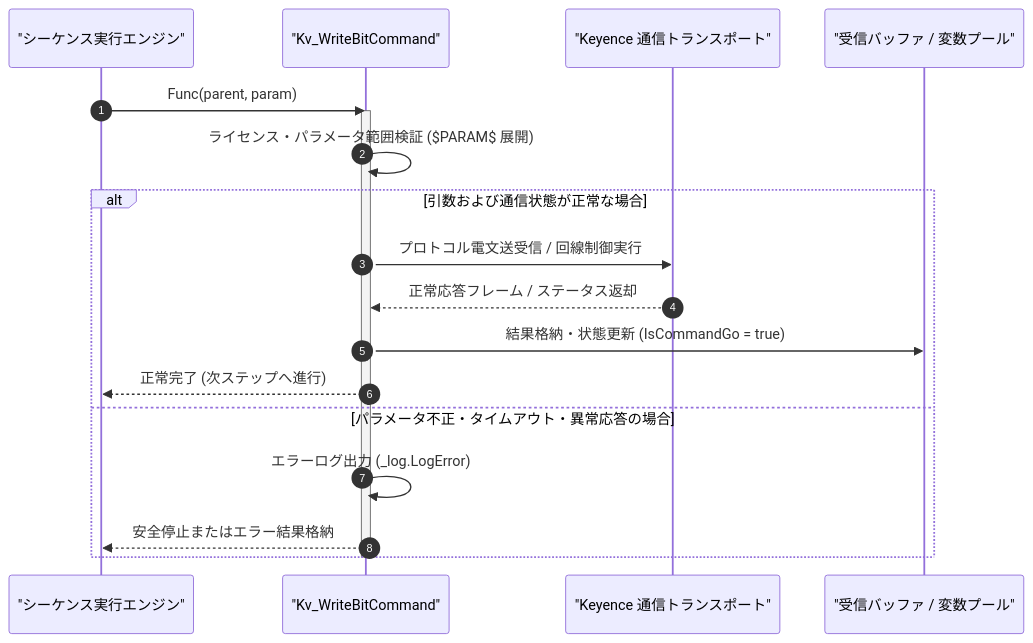
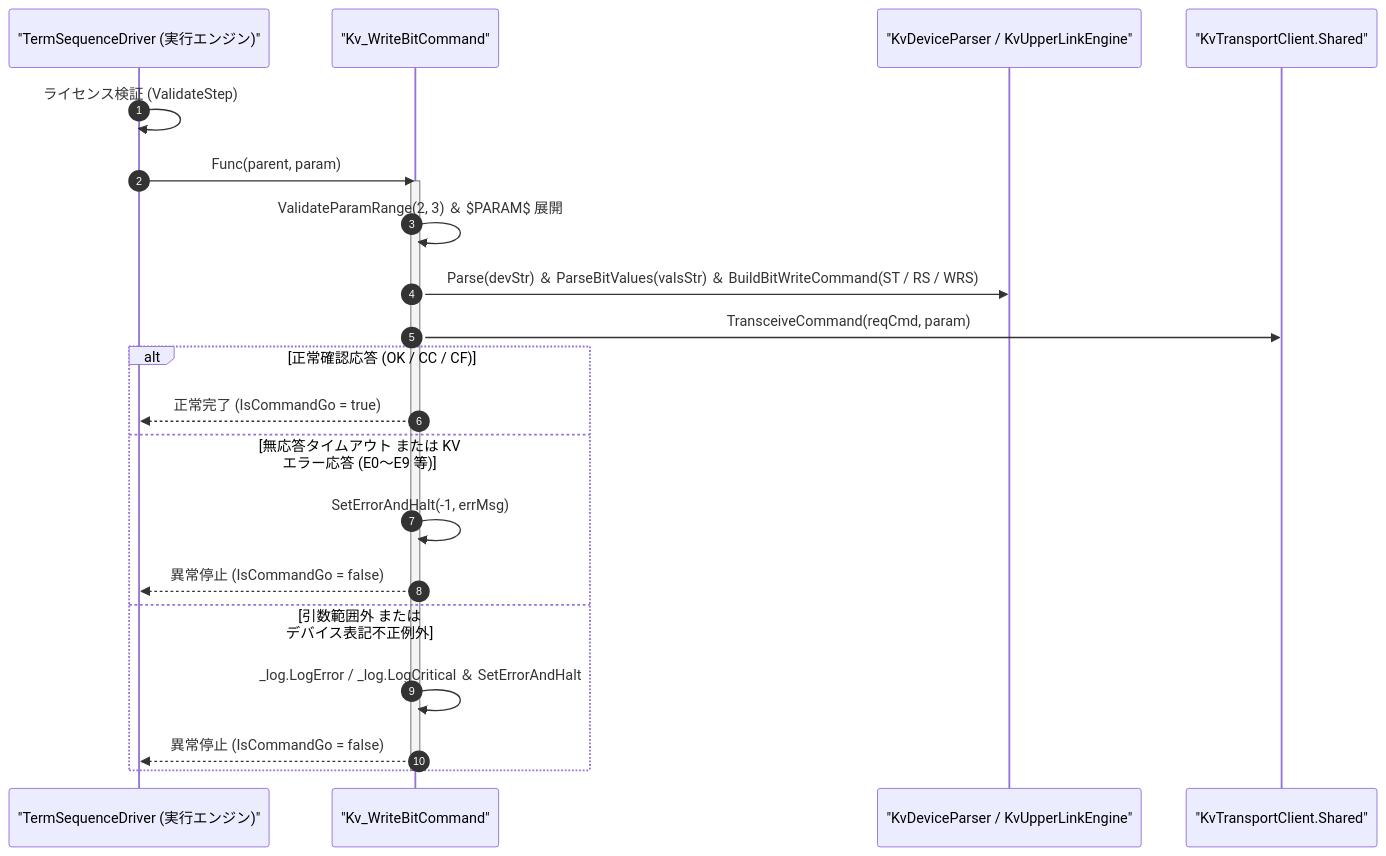
The diagram in Manual/Keyence/Kv_WriteBit.Md (Monaca-App/TermAddIn), drawn with Mermaid before and after one commit. The commit also changed other lines of this file and 157 other files, not shown here.

````diff
--- a/Manual/Keyence/Kv_WriteBit.Md
+++ b/Manual/Keyence/Kv_WriteBit.Md
@@ -66,22 +67,25 @@
 ```mermaid
 sequenceDiagram
     autonumber
-    participant Script as "シーケンス実行エンジン"
+    participant Driver as "TermSequenceDriver (実行エンジン)"
     participant Cmd as "Kv_WriteBitCommand"
-    participant Trans as "Keyence 通信トランスポート"
-    participant Buf as "受信バッファ / 変数プール"
+    participant Engine as "KvDeviceParser / KvUpperLinkEngine"
+    participant Trans as "KvTransportClient.Shared"
 
-    Script->>Cmd: Func(parent, param)
+    Driver->>Driver: ライセンス検証 (ValidateStep)
+    Driver->>Cmd: Func(parent, param)
     activate Cmd
-    Cmd->>Cmd: ライセンス・パラメータ範囲検証 ($PARAM$ 展開)
-    alt 引数および通信状態が正常な場合
-        Cmd->>Trans: プロトコル電文送受信 / 回線制御実行
-        Trans-->>Cmd: 正常応答フレーム / ステータス返却
-        Cmd->>Buf: 結果格納・状態更新 (IsCommandGo = true)
-        Cmd-->>Script: 正常完了 (次ステップへ進行)
-    else パラメータ不正・タイムアウト・異常応答の場合
-        Cmd->>Cmd: エラーログ出力 (_log.LogError)
-        Cmd-->>Script: 安全停止またはエラー結果格納
+    Cmd->>Cmd: ValidateParamRange(2, 3) ＆ $PARAM$ 展開
+    Cmd->>Engine: Parse(devStr) ＆ ParseBitValues(valsStr) ＆ BuildBitWriteCommand(ST / RS / WRS)
+    Cmd->>Trans: TransceiveCommand(reqCmd, param)
+    alt 正常確認応答 (OK / CC / CF)
+        Cmd-->>Driver: 正常完了 (IsCommandGo = true)
+    else 無応答タイムアウト または KV エラー応答 (E0〜E9 等)
+        Cmd->>Cmd: SetErrorAndHalt(-1, errMsg)
+        Cmd-->>Driver: 異常停止 (IsCommandGo = false)
+    else 引数範囲外 または デバイス表記不正例外
+        Cmd->>Cmd: _log.LogError / _log.LogCritical ＆ SetErrorAndHalt
+        Cmd-->>Driver: 異常停止 (IsCommandGo = false)
     end
     deactivate Cmd
 ```
````
